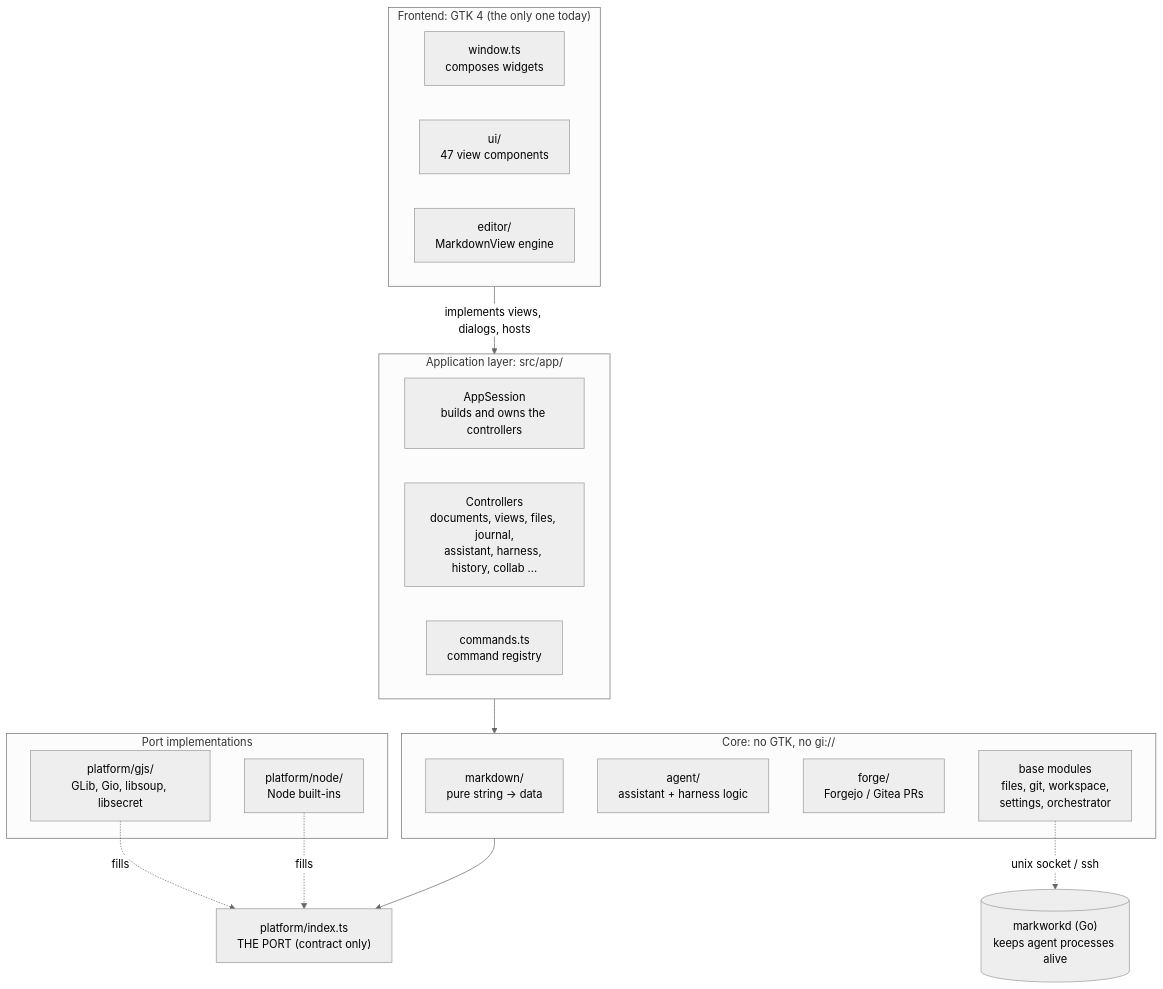
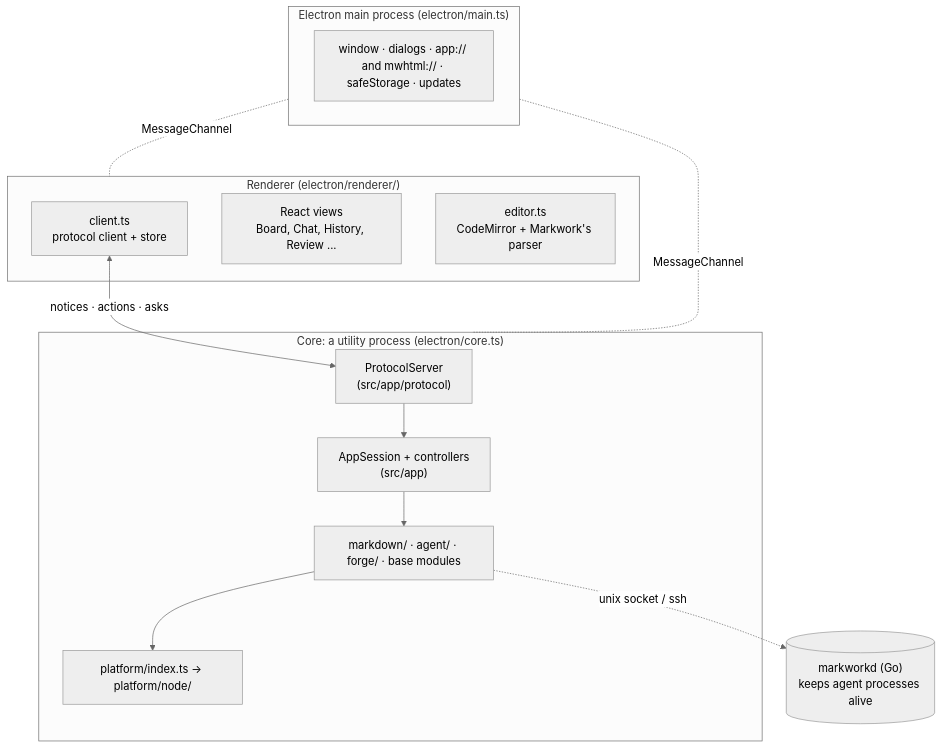
The first of 16 diagrams in docs/ONBOARDING.md (EkaPutCom/markwork), drawn with Mermaid (neutral theme) before and after one commit. The commit also changed other lines of this file and 111 other files, not shown here.

First line of the commit message:
docs: Electron-only docs, screenshots, and site (PR C of docs/design/hapus-gtk.md)

````diff
--- a/docs/ONBOARDING.md
+++ b/docs/ONBOARDING.md
@@ -41,38 +41,27 @@
 ```mermaid
 flowchart TB
-    subgraph FE["Frontend: GTK 4 (the only one today)"]
-        direction LR
-        W["window.ts<br/>composes widgets"]
-        UI["ui/<br/>47 view components"]
-        ED["editor/<br/>MarkdownView engine"]
+    subgraph EL["Electron main process (electron/main.ts)"]
+        MAIN["window · dialogs · app:// and mwhtml:// · safeStorage · updates"]
     end
 
-    subgraph APP["Application layer: src/app/"]
-        S["AppSession<br/>builds and owns the controllers"]
-        C["Controllers<br/>documents, views, files, journal,<br/>assistant, harness, history, collab ..."]
-        CMD["commands.ts<br/>command registry"]
+    subgraph R["Renderer (electron/renderer/)"]
+        CL["client.ts<br/>protocol client + store"]
+        V["React views<br/>Board, Chat, History, Review ..."]
+        ED["editor.ts<br/>CodeMirror + Markwork's parser"]
     end
 
-    subgraph CORE["Core: no GTK, no gi://"]
-        MD["markdown/<br/>pure string → data"]
-        AG["agent/<br/>assistant + harness logic"]
-        FG["forge/<br/>Forgejo / Gitea PRs"]
-        BASE["base modules<br/>files, git, workspace,<br/>settings, orchestrator"]
-    end
-
-    PORT["platform/index.ts<br/>THE PORT (contract only)"]
-
-    subgraph IMPL["Port implementations"]
-        GJS["platform/gjs/<br/>GLib, Gio, libsoup, libsecret"]
-        NODE["platform/node/<br/>Node built-ins"]
+    subgraph CP["Core: a utility process (electron/core.ts)"]
+        PS["ProtocolServer<br/>(src/app/protocol)"]
+        S["AppSession + controllers<br/>(src/app)"]
+        CORE["markdown/ · agent/ · forge/ · base modules"]
+        PORT["platform/index.ts → platform/node/"]
     end
 
     DAEMON[("markworkd (Go)<br/>keeps agent processes alive")]
 
-    FE -->|implements views, dialogs, hosts| APP
-    APP --> CORE
-    CORE --> PORT
-    GJS -.fills.-> PORT
-    NODE -.fills.-> PORT
-    BASE -.unix socket / ssh.-> DAEMON
+    EL -.MessageChannel.- R
+    EL -.MessageChannel.- CP
+    CL <-->|"notices · actions · asks"| PS
+    PS --> S --> CORE --> PORT
+    CORE -.unix socket / ssh.-> DAEMON
 ```
````
